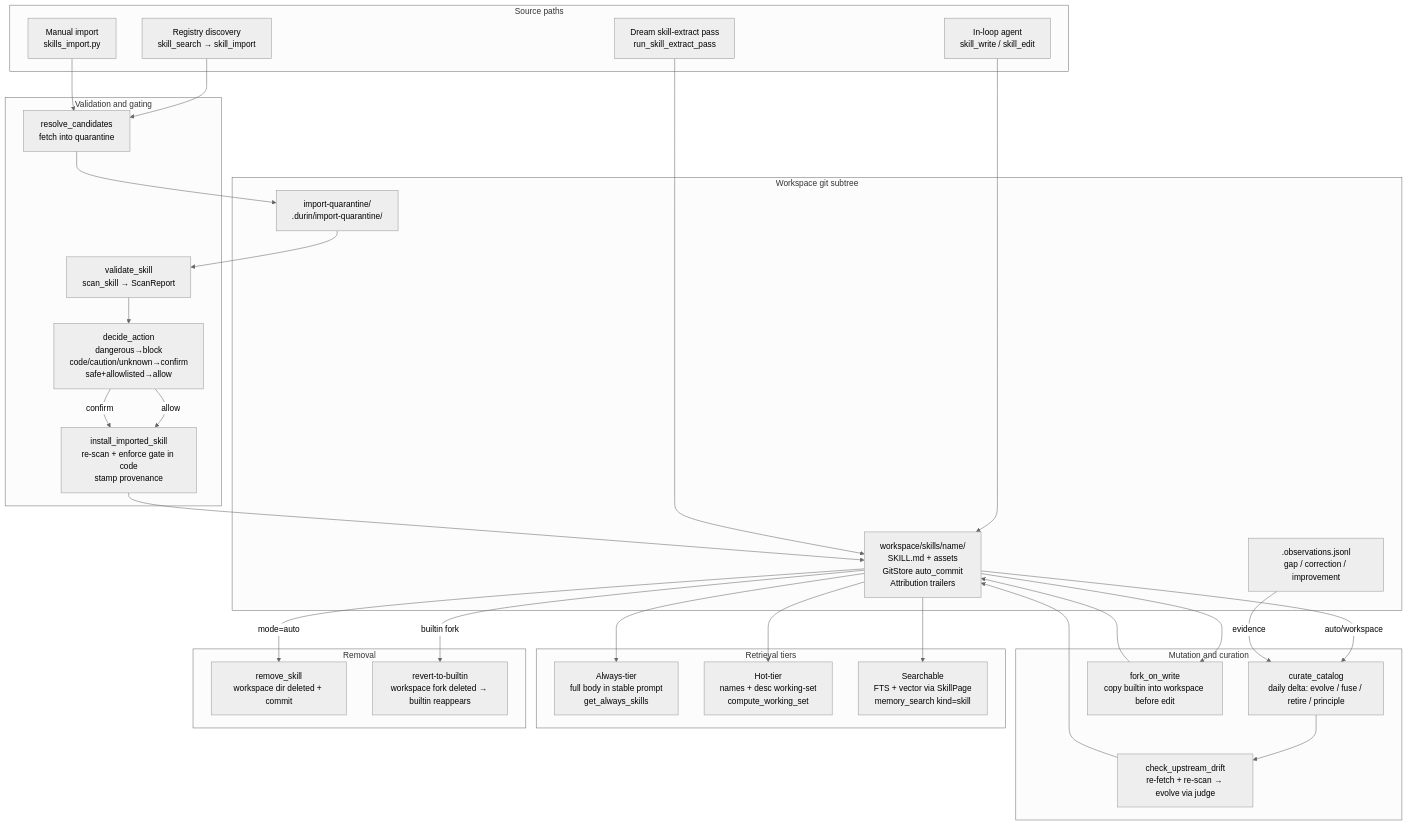
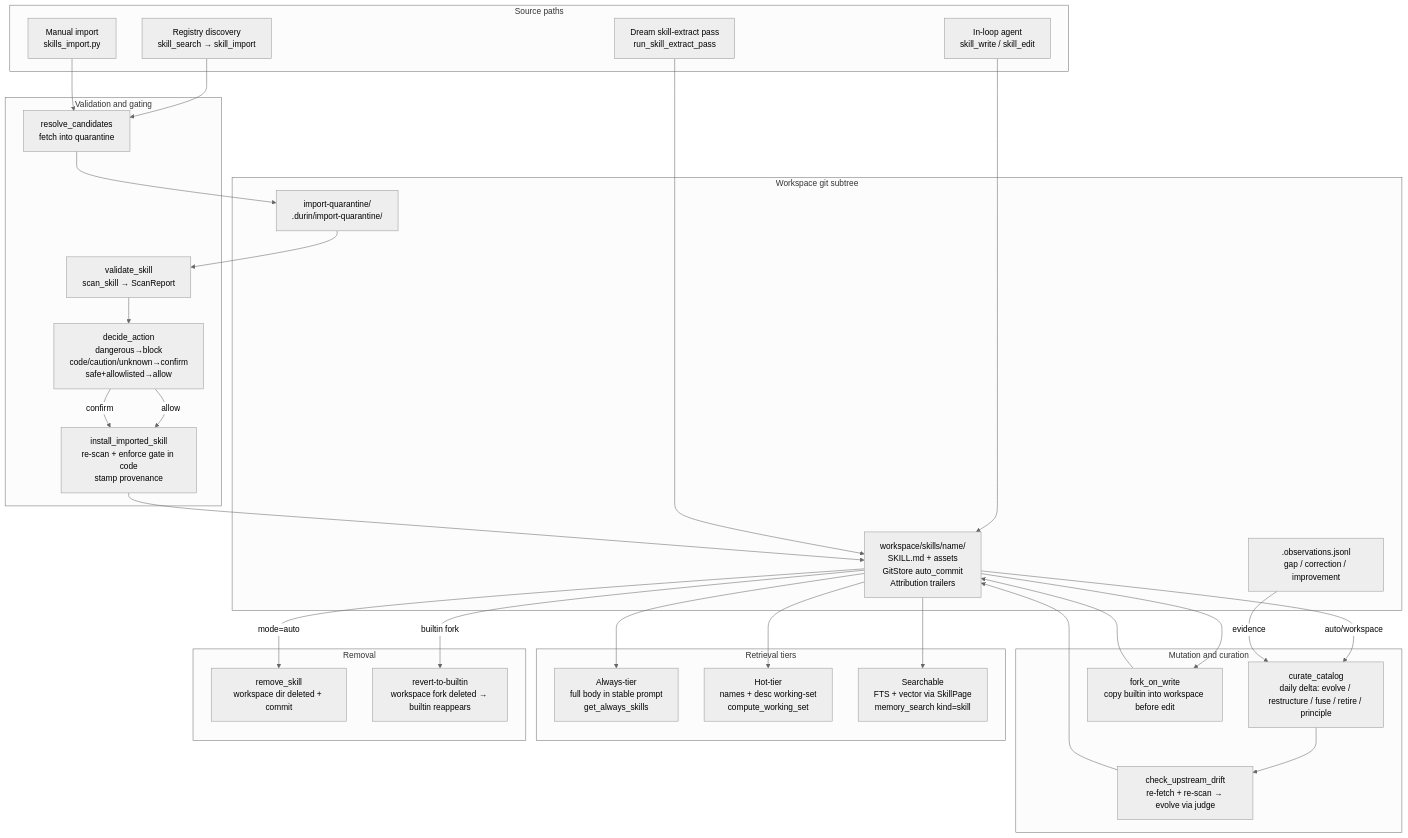
The diagram in docs/internals/skills/00_overview.md (mmarmol/durin), drawn with Mermaid (neutral theme) before and after one commit. The commit also changed other lines of this file and 31 other files, not shown here.

````diff
--- a/docs/internals/skills/00_overview.md
+++ b/docs/internals/skills/00_overview.md
@@ -72,61 +72,61 @@
 ```mermaid
 flowchart TD
     subgraph Source["Source paths"]
         U["In-loop agent\nskill_write / skill_edit"]
         D["Dream skill-extract pass\nrun_skill_extract_pass"]
         I["Registry discovery\nskill_search → skill_import"]
         M["Manual import\nskills_import.py"]
     end
 
     subgraph Gate["Validation and gating"]
         RC["resolve_candidates\nfetch into quarantine"]
         VS["validate_skill\nscan_skill → ScanReport"]
         DA["decide_action\ndangerous→block\ncode/caution/unknown→confirm\nsafe+allowlisted→allow"]
         II["install_imported_skill\nre-scan + enforce gate in code\nstamp provenance"]
     end
 
     subgraph Storage["Workspace git subtree"]
         SK["workspace/skills/name/\nSKILL.md + assets\nGitStore auto_commit\nAttribution trailers"]
         QU["import-quarantine/\n.durin/import-quarantine/"]
         OB[".observations.jsonl\ngap / correction / improvement"]
     end
 
     subgraph Evolve["Mutation and curation"]
-        CC["curate_catalog\ndaily delta: evolve / fuse / retire / principle"]
+        CC["curate_catalog\ndaily delta: evolve / restructure / fuse / retire / principle"]
         FW["fork_on_write\ncopy builtin into workspace before edit"]
         DR["check_upstream_drift\nre-fetch + re-scan → evolve via judge"]
     end
 
     subgraph Retrieval["Retrieval tiers"]
         AT["Always-tier\nfull body in stable prompt\nget_always_skills"]
         HT["Hot-tier\nnames + desc working-set\ncompute_working_set"]
         SR["Searchable\nFTS + vector via SkillPage\nmemory_search kind=skill"]
     end
 
     subgraph Remove["Removal"]
         RM["remove_skill\nworkspace dir deleted + commit"]
         RV["revert-to-builtin\nworkspace fork deleted → builtin reappears"]
     end
 
     U --> SK
     D --> SK
     I --> RC
     M --> RC
     RC --> QU
     QU --> VS
     VS --> DA
     DA -->|allow| II
     DA -->|confirm| II
     II --> SK
     SK -->|auto/workspace| CC
     SK --> FW
     FW --> SK
     CC --> DR
     DR --> SK
     SK --> AT
     SK --> HT
     SK --> SR
     OB -->|evidence| CC
     SK -->|mode=auto| RM
     SK -->|builtin fork| RV
 ```
````
